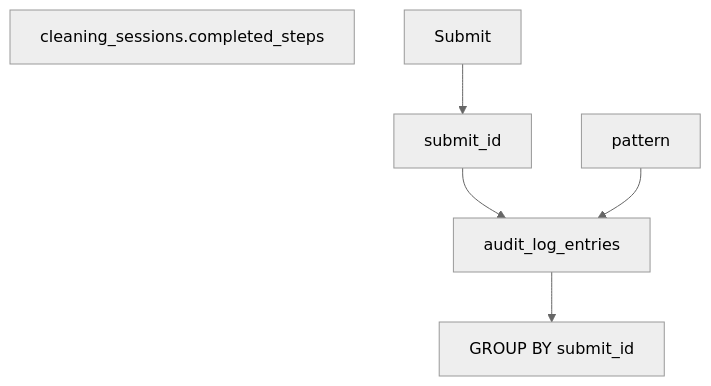
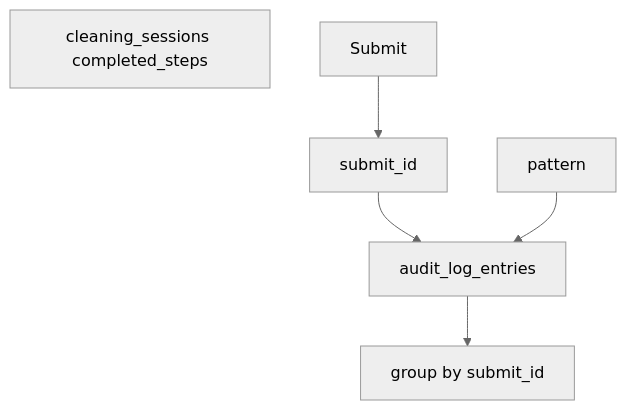
Before and after one commit to EmmS21/keyestakehome: the fifth of 6 diagrams in docs/database-schema.md, drawn with Mermaid (neutral theme). The commit also changed other lines of this file, not shown here.

First line of the commit message:
fix(docs): make Mermaid diagrams compatible with GitHub renderer.

````diff
--- a/docs/database-schema.md
+++ b/docs/database-schema.md
@@ -135,9 +139,9 @@
 ```mermaid
 flowchart TB
-  CS["cleaning_sessions.completed_steps"]
-  AL["audit_log_entries"]
-  Submit --> SID["submit_id"]
+  CS[cleaning_sessions completed_steps]
+  AL[audit_log_entries]
+  Submit --> SID[submit_id]
   SID --> AL
-  AL --> SG["GROUP BY submit_id"]
-  pattern["pattern"] --> AL
+  AL --> SG[group by submit_id]
+  pattern --> AL
 ```
````
